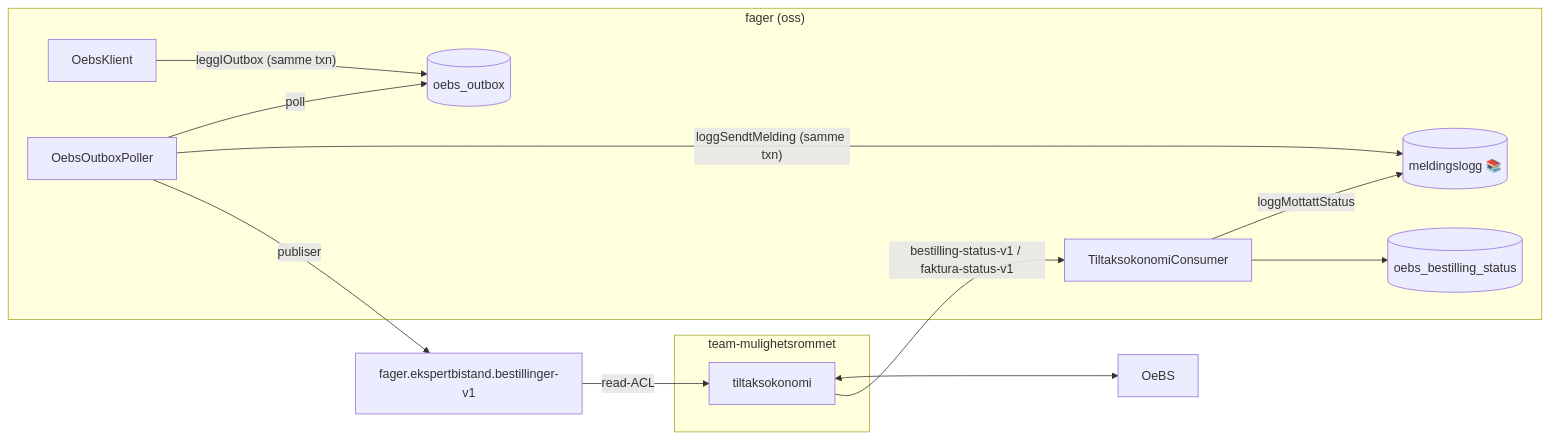
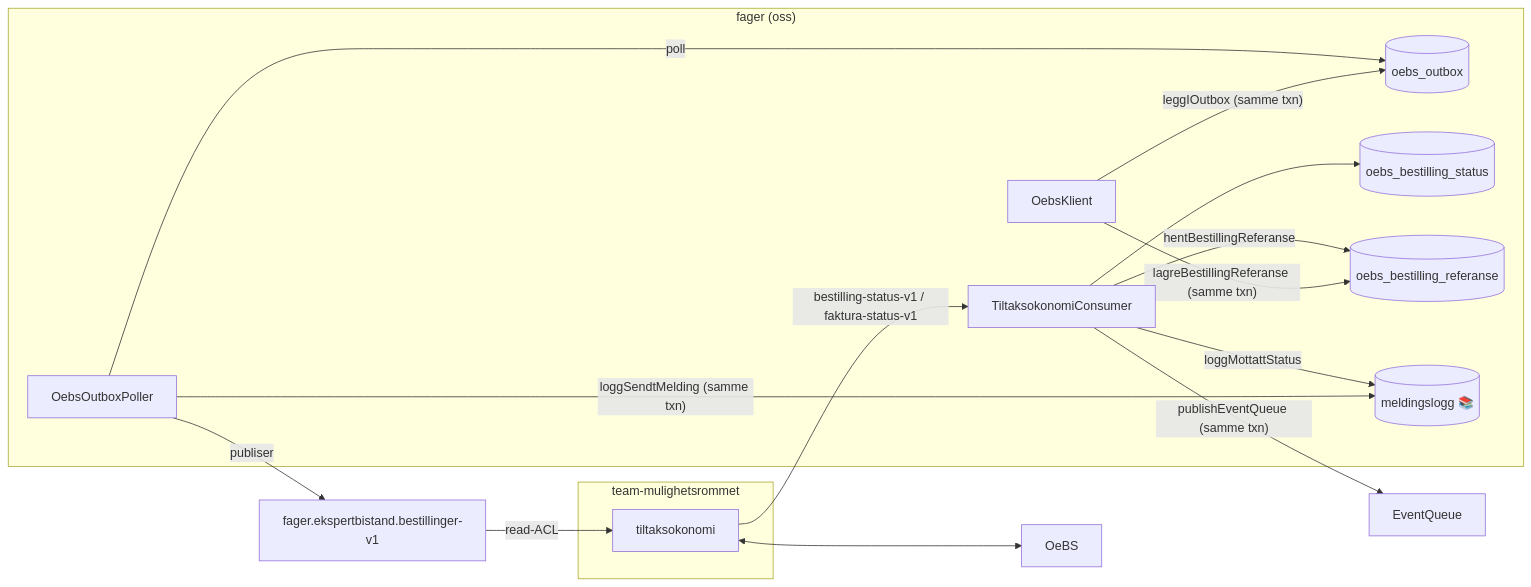
The first of 3 diagrams in backend/src/main/kotlin/no/nav/ekspertbistand/oebs/README.md (navikt/ekspertbistand), drawn with Mermaid before and after one commit. The commit also changed other lines of this file and 24 other files, not shown here.

First line of the commit message:
feat(oebs): status fra OeBS til saksgangen

````diff
--- a/backend/src/main/kotlin/no/nav/ekspertbistand/oebs/README.md
+++ b/backend/src/main/kotlin/no/nav/ekspertbistand/oebs/README.md
@@ -19,27 +19,31 @@
 ```mermaid
 flowchart LR
     subgraph fager["fager (oss)"]
         klient["OebsKlient"]
         outbox[("oebs_outbox")]
         poller["OebsOutboxPoller"]
         status["TiltaksokonomiConsumer"]
         statusdb[("oebs_bestilling_status")]
+        referanse[("oebs_bestilling_referanse")]
         logg[("meldingslogg 📚")]
     end
 
     subgraph valp["team-mulighetsrommet"]
         tokonomi["tiltaksokonomi"]
     end
 
     oebs["OeBS"]
 
     klient -- "leggIOutbox (samme txn)" --> outbox
     poller -- "poll" --> outbox
     poller -- "loggSendtMelding (samme txn)" --> logg
     poller -- "publiser" --> topic["fager.ekspertbistand.bestillinger-v1"]
     topic -- "read-ACL" --> tokonomi
     tokonomi <--> oebs
     tokonomi -- "bestilling-status-v1 / faktura-status-v1" --> status
     status -- "loggMottattStatus" --> logg
     status --> statusdb
+    klient -- "lagreBestillingReferanse (samme txn)" --> referanse
+    status -- "hentBestillingReferanse" --> referanse
+    status -- "publishEventQueue (samme txn)" --> eventq["EventQueue"]
 ```
````
